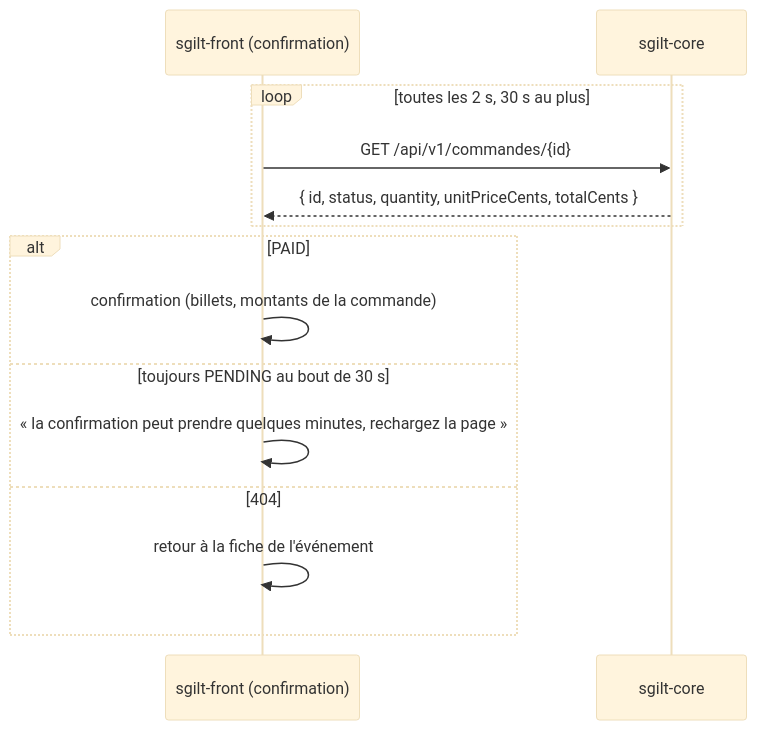
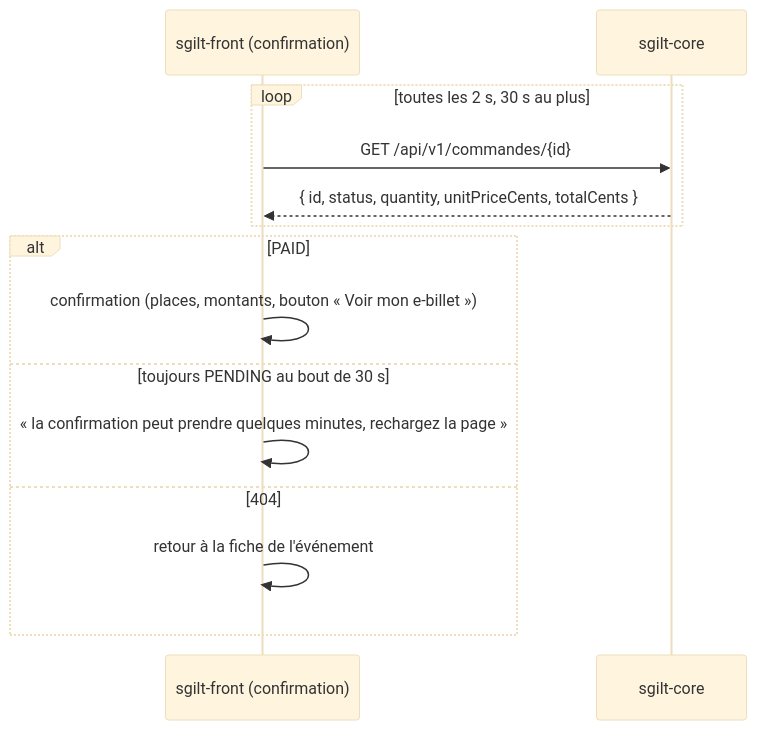
One commit to franzk/sgilt changed the third of 4 diagrams in doc/BILLETTERIE_PAIEMENT_FLOW.md. Above: the diagram before and after it, drawn with Mermaid (base theme). The commit also changed other lines of this file, not shown here.

````diff
--- a/doc/BILLETTERIE_PAIEMENT_FLOW.md
+++ b/doc/BILLETTERIE_PAIEMENT_FLOW.md
@@ -110,17 +119,17 @@
 ```mermaid
 sequenceDiagram
     participant Front as sgilt-front (confirmation)
     participant Core as sgilt-core
 
     loop toutes les 2 s, 30 s au plus
         Front->>Core: GET /api/v1/commandes/{id}
         Core-->>Front: { id, status, quantity, unitPriceCents, totalCents }
     end
     alt PAID
-        Front->>Front: confirmation (billets, montants de la commande)
+        Front->>Front: confirmation (places, montants, bouton « Voir mon e-billet »)
     else toujours PENDING au bout de 30 s
         Front->>Front: « la confirmation peut prendre quelques minutes, rechargez la page »
     else 404
         Front->>Front: retour à la fiche de l'événement
     end
 ```
````
